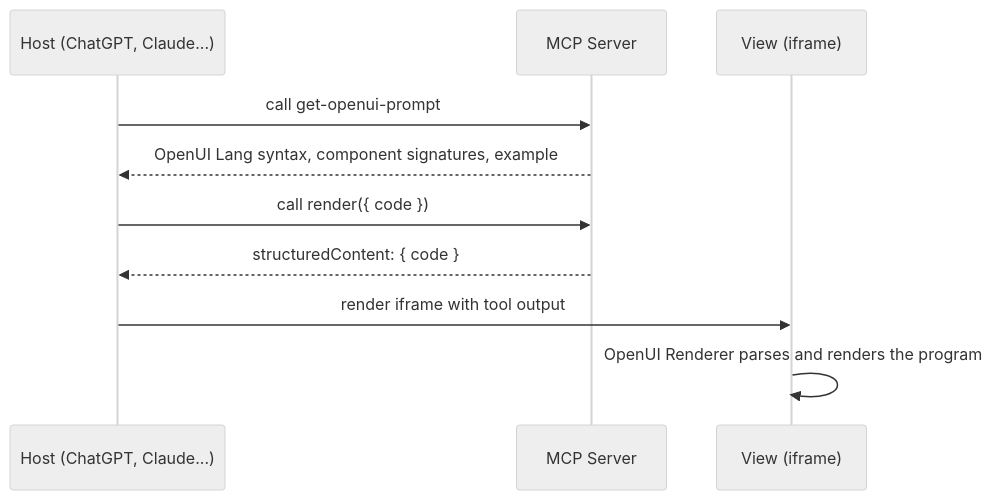
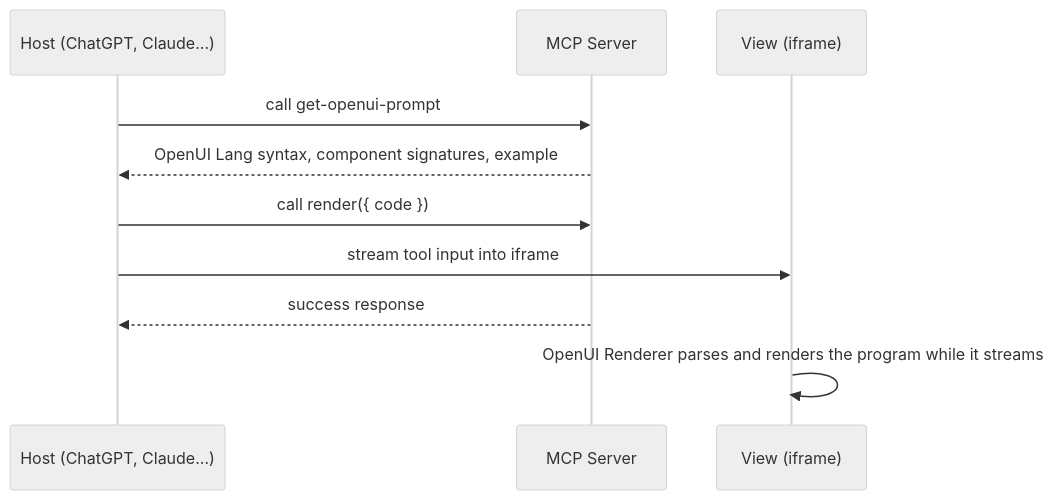
One commit to alpic-ai/skybridge changed the diagram in examples/openui-generative-ui/README.md. Above: the diagram before and after it, drawn with Mermaid (neutral theme). The commit also changed other lines of this file and 6 other files, not shown here.

````diff
--- a/examples/openui-generative-ui/README.md
+++ b/examples/openui-generative-ui/README.md
@@ -9,14 +9,14 @@
 ```mermaid
 sequenceDiagram
     participant Host as Host (ChatGPT, Claude...)
     participant Server as MCP Server
     participant View as View (iframe)
 
     Host->>Server: call get-openui-prompt
     Server-->>Host: OpenUI Lang syntax, component signatures, example
 
     Host->>Server: call render({ code })
-    Server-->>Host: structuredContent: { code }
-    Host->>View: render iframe with tool output
-    View->>View: OpenUI Renderer parses and renders the program
+    Host->>View: stream tool input into iframe
+    Server-->>Host: success response
+    View->>View: OpenUI Renderer parses and renders the program while it streams
 ```
````
